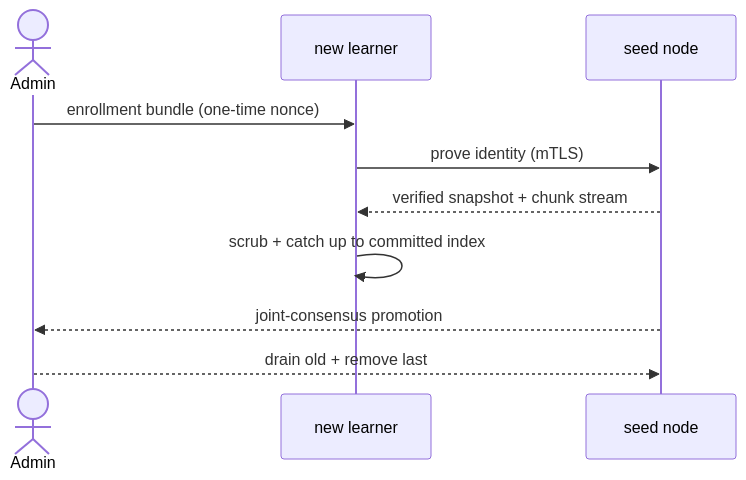
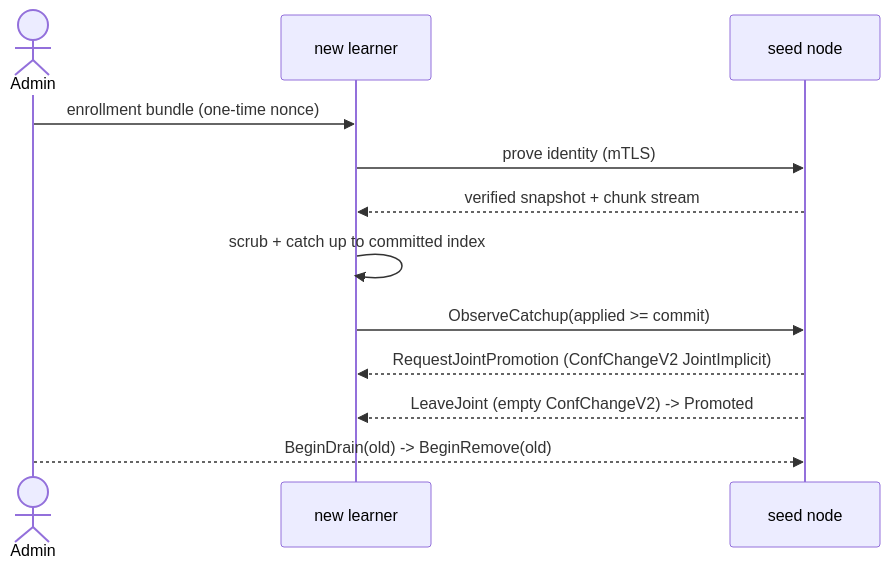
The first of 2 diagrams in docs/architecture/membership-and-bootstrap.md (mohamedhabas11/syncfs), drawn with Mermaid before and after one commit. The commit also changed other lines of this file and 20 other files, not shown here.

````diff
--- a/docs/architecture/membership-and-bootstrap.md
+++ b/docs/architecture/membership-and-bootstrap.md
@@ -5,12 +7,14 @@
 ```mermaid
 sequenceDiagram
     actor Admin
     participant Learner as new learner
     participant Seed as seed node
     Admin->>Learner: enrollment bundle (one-time nonce)
     Learner->>Seed: prove identity (mTLS)
     Seed-->>Learner: verified snapshot + chunk stream
     Learner->>Learner: scrub + catch up to committed index
-    Seed-->>Admin: joint-consensus promotion
-    Admin-->>Seed: drain old + remove last
+    Learner->>Seed: ObserveCatchup(applied >= commit)
+    Seed-->>Learner: RequestJointPromotion (ConfChangeV2 JointImplicit)
+    Seed-->>Learner: LeaveJoint (empty ConfChangeV2) -> Promoted
+    Admin-->>Seed: BeginDrain(old) -> BeginRemove(old)
 ```
````
